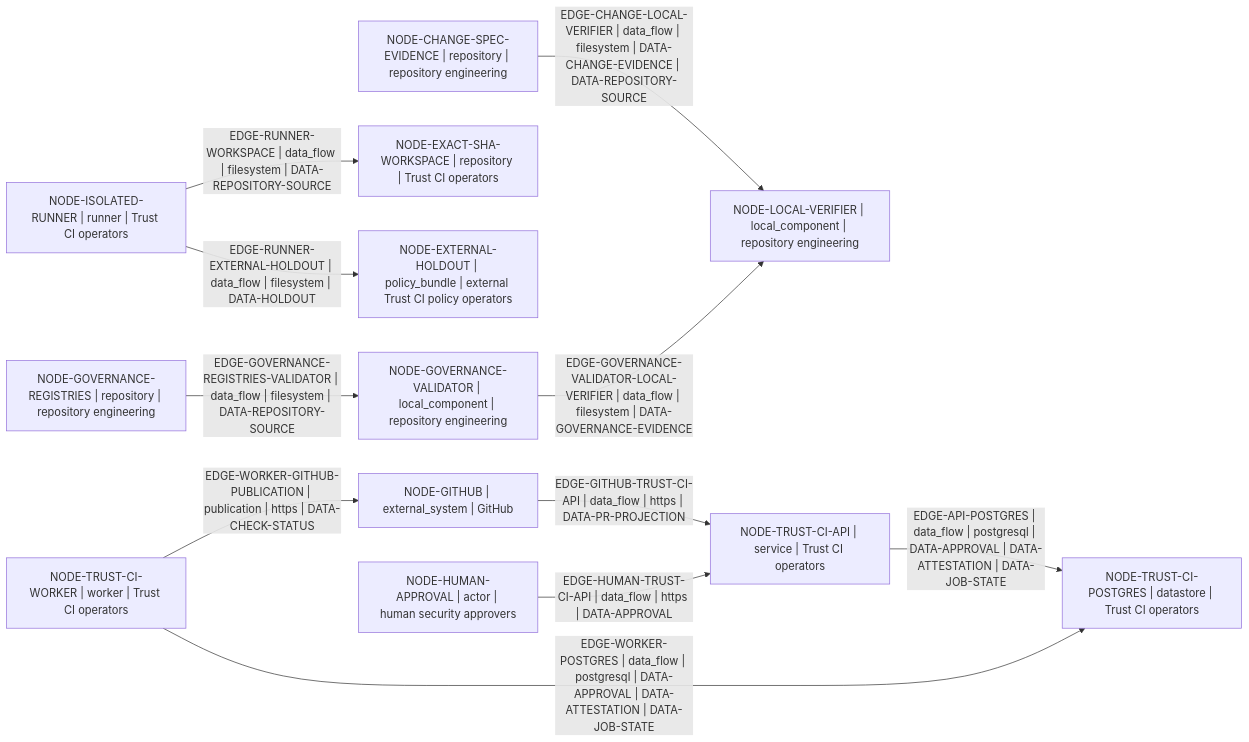
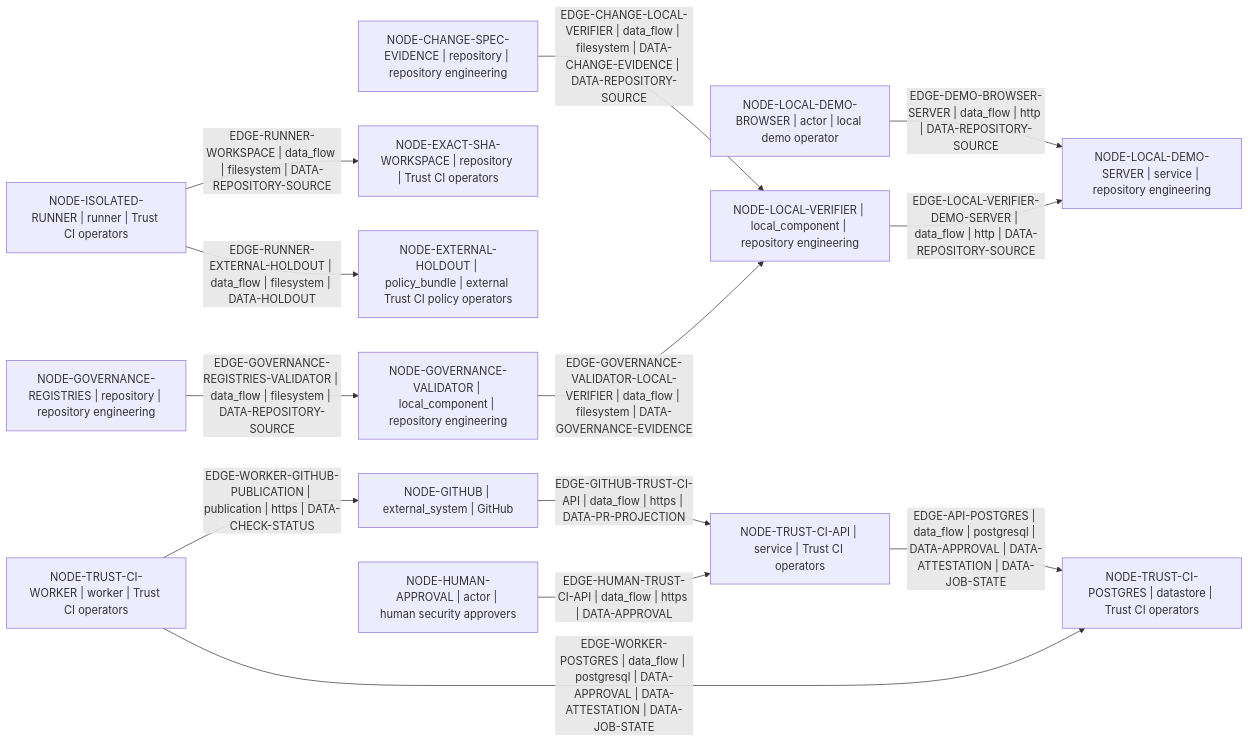
One commit to Dimkox/adaptive-grok-build-pro changed the diagram in architecture/generated/data-flow.mmd. Above: the diagram before and after it, drawn with Mermaid. The commit also changed 26 other files, not shown here.

Commit message:
docs: approve investor demo architecture baseline

```diff
--- a/architecture/generated/data-flow.mmd
+++ b/architecture/generated/data-flow.mmd
@@ -1,23 +1,27 @@
 flowchart LR
   node_8938bd3db1932751["NODE-CHANGE-SPEC-EVIDENCE | repository | repository engineering"]
   node_2e8a7072de3f3743["NODE-EXACT-SHA-WORKSPACE | repository | Trust CI operators"]
   node_0a0fe2f046a648e9["NODE-EXTERNAL-HOLDOUT | policy_bundle | external Trust CI policy operators"]
   node_8b8a8cd21b180532["NODE-GITHUB | external_system | GitHub"]
   node_dfd1104494c6ab8f["NODE-GOVERNANCE-REGISTRIES | repository | repository engineering"]
   node_23677f8757246623["NODE-GOVERNANCE-VALIDATOR | local_component | repository engineering"]
   node_e4e37173e410ad23["NODE-HUMAN-APPROVAL | actor | human security approvers"]
   node_1c3a10ba26a8e80d["NODE-ISOLATED-RUNNER | runner | Trust CI operators"]
+  node_51536184f2d69477["NODE-LOCAL-DEMO-BROWSER | actor | local demo operator"]
+  node_b4aa1bbe20eff47c["NODE-LOCAL-DEMO-SERVER | service | repository engineering"]
   node_23bed8fcbfc79861["NODE-LOCAL-VERIFIER | local_component | repository engineering"]
   node_d0e570b2fbe52f98["NODE-TRUST-CI-API | service | Trust CI operators"]
   node_1a6c7efb2d08591b["NODE-TRUST-CI-POSTGRES | datastore | Trust CI operators"]
   node_070dda93443dcc1f["NODE-TRUST-CI-WORKER | worker | Trust CI operators"]
   node_d0e570b2fbe52f98 -->|"EDGE-API-POSTGRES | data_flow | postgresql | DATA-APPROVAL | DATA-ATTESTATION | DATA-JOB-STATE"| node_1a6c7efb2d08591b
   node_8938bd3db1932751 -->|"EDGE-CHANGE-LOCAL-VERIFIER | data_flow | filesystem | DATA-CHANGE-EVIDENCE | DATA-REPOSITORY-SOURCE"| node_23bed8fcbfc79861
+  node_51536184f2d69477 -->|"EDGE-DEMO-BROWSER-SERVER | data_flow | http | DATA-REPOSITORY-SOURCE"| node_b4aa1bbe20eff47c
   node_8b8a8cd21b180532 -->|"EDGE-GITHUB-TRUST-CI-API | data_flow | https | DATA-PR-PROJECTION"| node_d0e570b2fbe52f98
   node_dfd1104494c6ab8f -->|"EDGE-GOVERNANCE-REGISTRIES-VALIDATOR | data_flow | filesystem | DATA-REPOSITORY-SOURCE"| node_23677f8757246623
   node_23677f8757246623 -->|"EDGE-GOVERNANCE-VALIDATOR-LOCAL-VERIFIER | data_flow | filesystem | DATA-GOVERNANCE-EVIDENCE"| node_23bed8fcbfc79861
   node_e4e37173e410ad23 -->|"EDGE-HUMAN-TRUST-CI-API | data_flow | https | DATA-APPROVAL"| node_d0e570b2fbe52f98
+  node_23bed8fcbfc79861 -->|"EDGE-LOCAL-VERIFIER-DEMO-SERVER | data_flow | http | DATA-REPOSITORY-SOURCE"| node_b4aa1bbe20eff47c
   node_1c3a10ba26a8e80d -->|"EDGE-RUNNER-EXTERNAL-HOLDOUT | data_flow | filesystem | DATA-HOLDOUT"| node_0a0fe2f046a648e9
   node_1c3a10ba26a8e80d -->|"EDGE-RUNNER-WORKSPACE | data_flow | filesystem | DATA-REPOSITORY-SOURCE"| node_2e8a7072de3f3743
   node_070dda93443dcc1f -->|"EDGE-WORKER-GITHUB-PUBLICATION | publication | https | DATA-CHECK-STATUS"| node_8b8a8cd21b180532
   node_070dda93443dcc1f -->|"EDGE-WORKER-POSTGRES | data_flow | postgresql | DATA-APPROVAL | DATA-ATTESTATION | DATA-JOB-STATE"| node_1a6c7efb2d08591b
```
